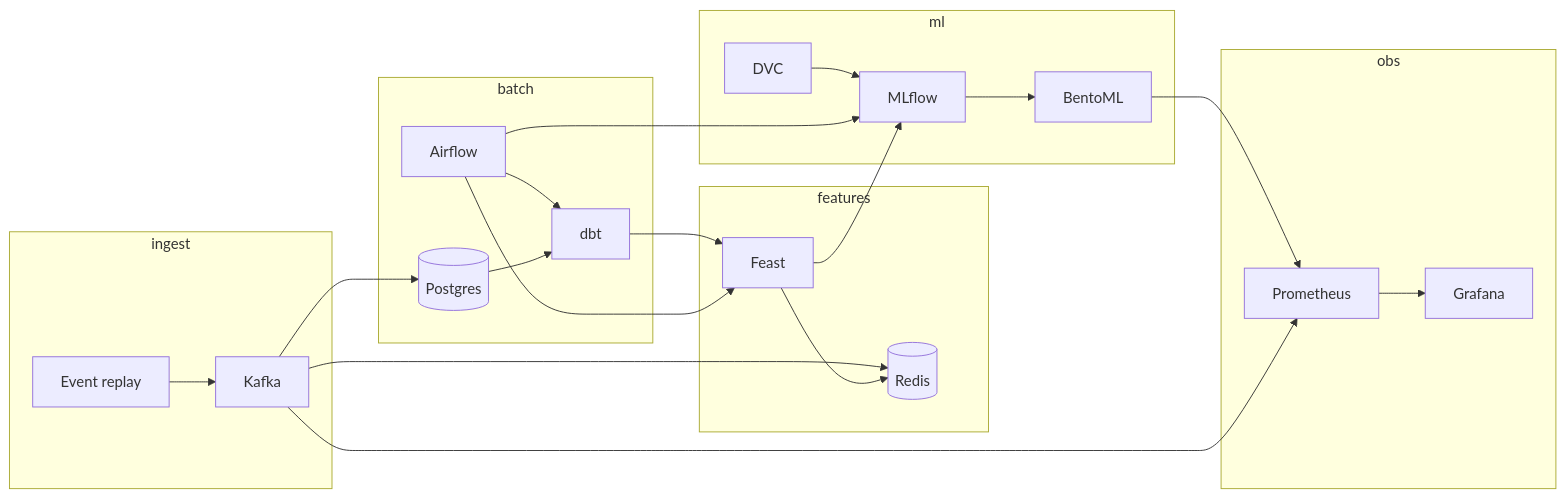
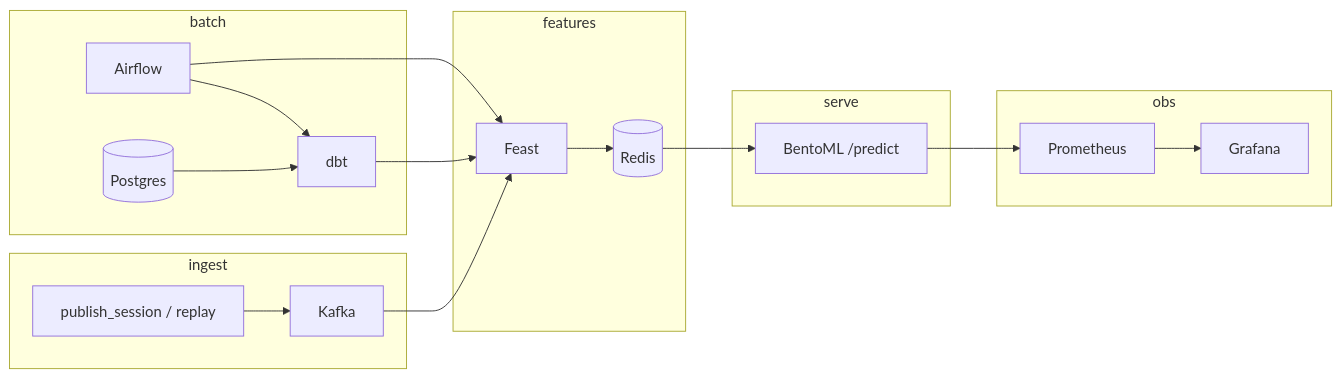
Before and after one commit to ali-cabukel/ecommerce-conversion-pipeline: the diagram in README.md, drawn with Mermaid. The commit also changed other lines of this file and 51 other files, not shown here.

````diff
--- a/README.md
+++ b/README.md
@@ -34,38 +32,32 @@
 ```mermaid
 flowchart LR
   subgraph ingest
-    R[Event replay]
+    R[publish_session / replay]
     K[Kafka]
   end
   subgraph batch
     AF[Airflow]
     WH[(Postgres)]
     DBT[dbt]
   end
   subgraph features
     FS[Feast]
     RD[(Redis)]
   end
-  subgraph ml
-    DVC[DVC]
-    MLF[MLflow]
-    BENTO[BentoML]
+  subgraph serve
+    BENTO[BentoML /predict]
   end
   subgraph obs
     PROM[Prometheus]
     GRAF[Grafana]
   end
 
   R --> K
-  K --> WH
+  K --> FS
   AF --> DBT
   WH --> DBT --> FS
   AF --> FS
-  K --> RD
   FS --> RD
-  DVC --> MLF
-  AF --> MLF
-  FS --> MLF --> BENTO
+  RD --> BENTO
   BENTO --> PROM --> GRAF
-  K --> PROM
 ```
````
